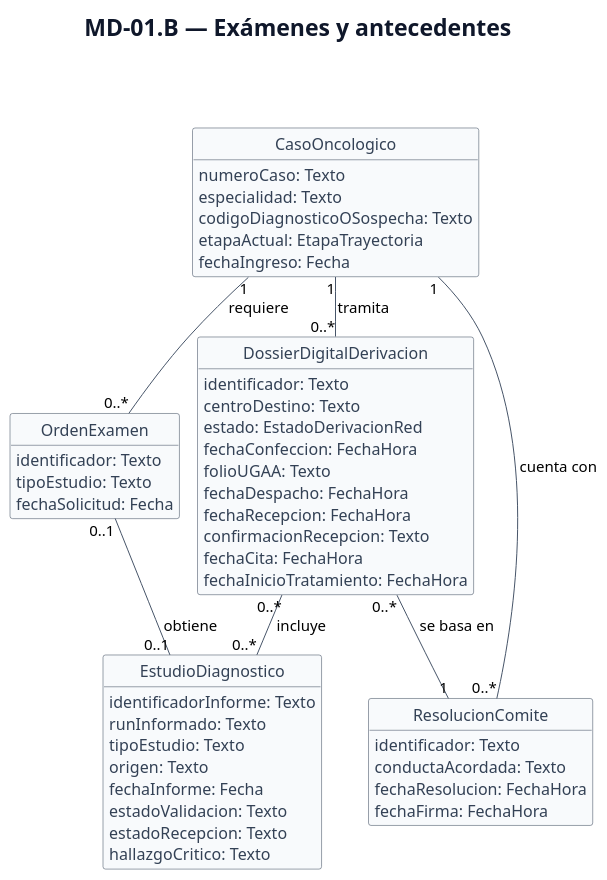
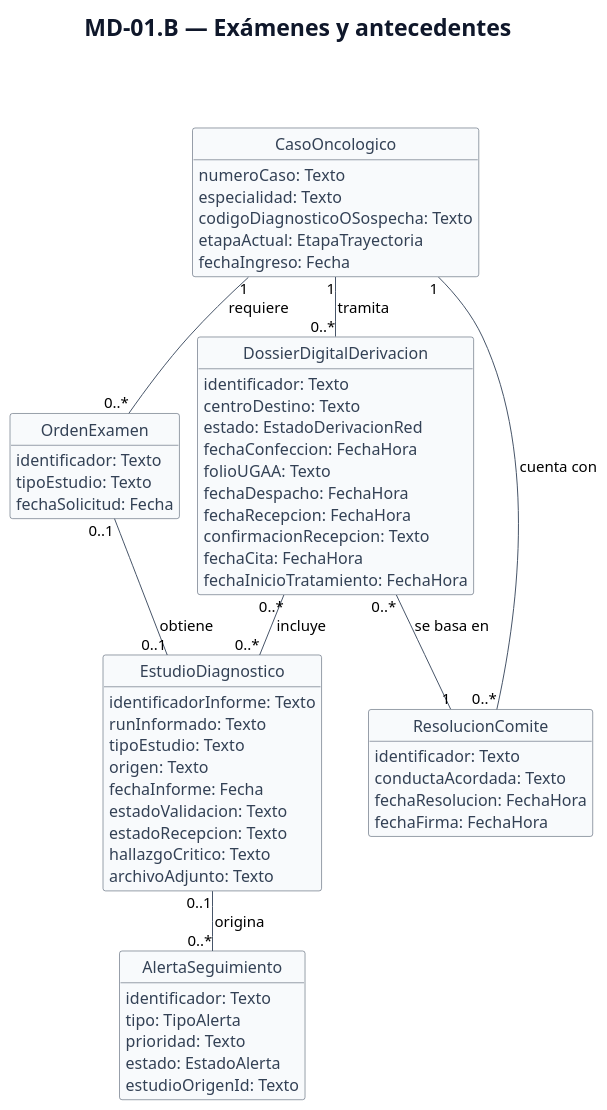
Before and after one commit to br1fz/OncoTrace: the second of 4 diagrams in diagramas/modelo-dominio.puml, drawn with PlantUML. The commit also changed other lines of this file and 48 other files, not shown here.

```diff
--- a/diagramas/modelo-dominio.puml
+++ b/diagramas/modelo-dominio.puml
@@ -82,77 +83,87 @@
 @startuml vista-examenes
 !pragma layout smetana
 hide methods
 hide circle
 skinparam backgroundColor white
 skinparam shadowing false
 skinparam classBackgroundColor #F8FAFC
 skinparam classBorderColor #334155
 skinparam classFontColor #0F172A
 skinparam classAttributeFontColor #334155
 skinparam classFontSize 19
 skinparam classAttributeFontSize 16
 skinparam ArrowColor #475569
 skinparam ArrowFontSize 15
 skinparam titleFontSize 23
 skinparam titleFontColor #0F172A
 skinparam defaultFontName SansSerif
 top to bottom direction
 title
 MD-01.B — Exámenes y antecedentes
 
 
 end title
 
 class CasoOncologico {
   numeroCaso: Texto
   especialidad: Texto
   codigoDiagnosticoOSospecha: Texto
   etapaActual: EtapaTrayectoria
   fechaIngreso: Fecha
 }
 
 class OrdenExamen {
   identificador: Texto
   tipoEstudio: Texto
   fechaSolicitud: Fecha
 }
 
 class EstudioDiagnostico {
   identificadorInforme: Texto
   runInformado: Texto
   tipoEstudio: Texto
   origen: Texto
   fechaInforme: Fecha
   estadoValidacion: Texto
   estadoRecepcion: Texto
   hallazgoCritico: Texto
+  archivoAdjunto: Texto
+}
+
+class AlertaSeguimiento {
+  identificador: Texto
+  tipo: TipoAlerta
+  prioridad: Texto
+  estado: EstadoAlerta
+  estudioOrigenId: Texto
 }
 
 class DossierDigitalDerivacion {
   identificador: Texto
   centroDestino: Texto
   estado: EstadoDerivacionRed
   fechaConfeccion: FechaHora
   folioUGAA: Texto
   fechaDespacho: FechaHora
   fechaRecepcion: FechaHora
   confirmacionRecepcion: Texto
   fechaCita: FechaHora
   fechaInicioTratamiento: FechaHora
 }
 
 class ResolucionComite {
   identificador: Texto
   conductaAcordada: Texto
   fechaResolucion: FechaHora
   fechaFirma: FechaHora
 }
 
 CasoOncologico "1" -- "0..*" OrdenExamen : requiere
 OrdenExamen "0..1" -- "0..1" EstudioDiagnostico : obtiene
 CasoOncologico "1" -- "0..*" ResolucionComite : cuenta con
 CasoOncologico "1" -- "0..*" DossierDigitalDerivacion : tramita
 DossierDigitalDerivacion "0..*" -- "1" ResolucionComite : se basa en
 DossierDigitalDerivacion "0..*" -- "0..*" EstudioDiagnostico : incluye
+EstudioDiagnostico "0..1" -- "0..*" AlertaSeguimiento : origina
 
 @enduml
```
